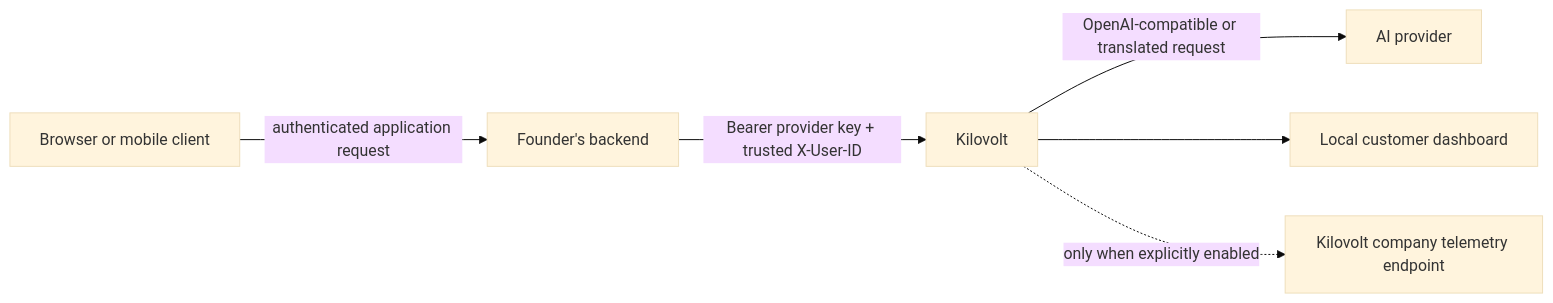
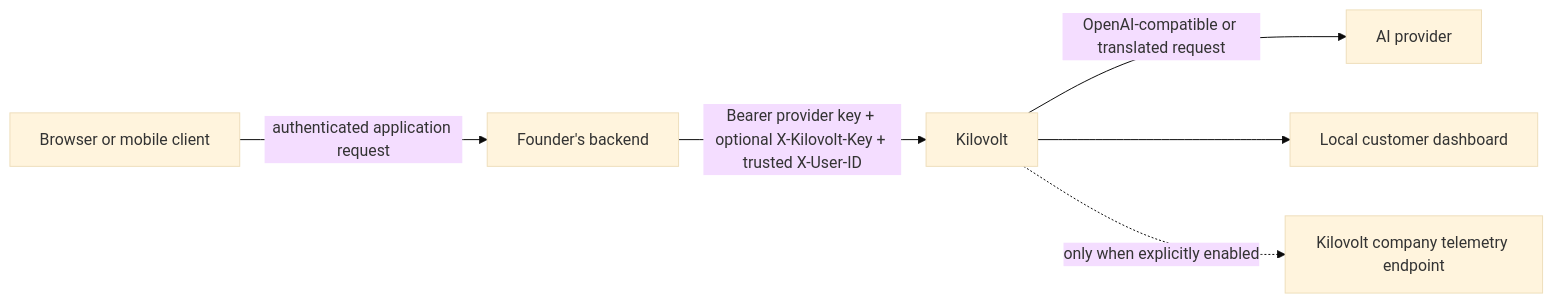
Before and after one commit to ytp101/kilovolt: the first of 2 diagrams in docs/architecture.md, drawn with Mermaid (base theme). The commit also changed other lines of this file and 29 other files, not shown here.

````diff
--- a/docs/architecture.md
+++ b/docs/architecture.md
@@ -9,8 +9,8 @@
 ```mermaid
 flowchart LR
     C["Browser or mobile client"] -->|"authenticated application request"| B["Founder's backend"]
-    B -->|"Bearer provider key + trusted X-User-ID"| K["Kilovolt"]
+    B -->|"Bearer provider key + optional X-Kilovolt-Key + trusted X-User-ID"| K["Kilovolt"]
     K -->|"OpenAI-compatible or translated request"| P["AI provider"]
     K --> D["Local customer dashboard"]
     K -. "only when explicitly enabled" .-> T["Kilovolt company telemetry endpoint"]
 ```
````
